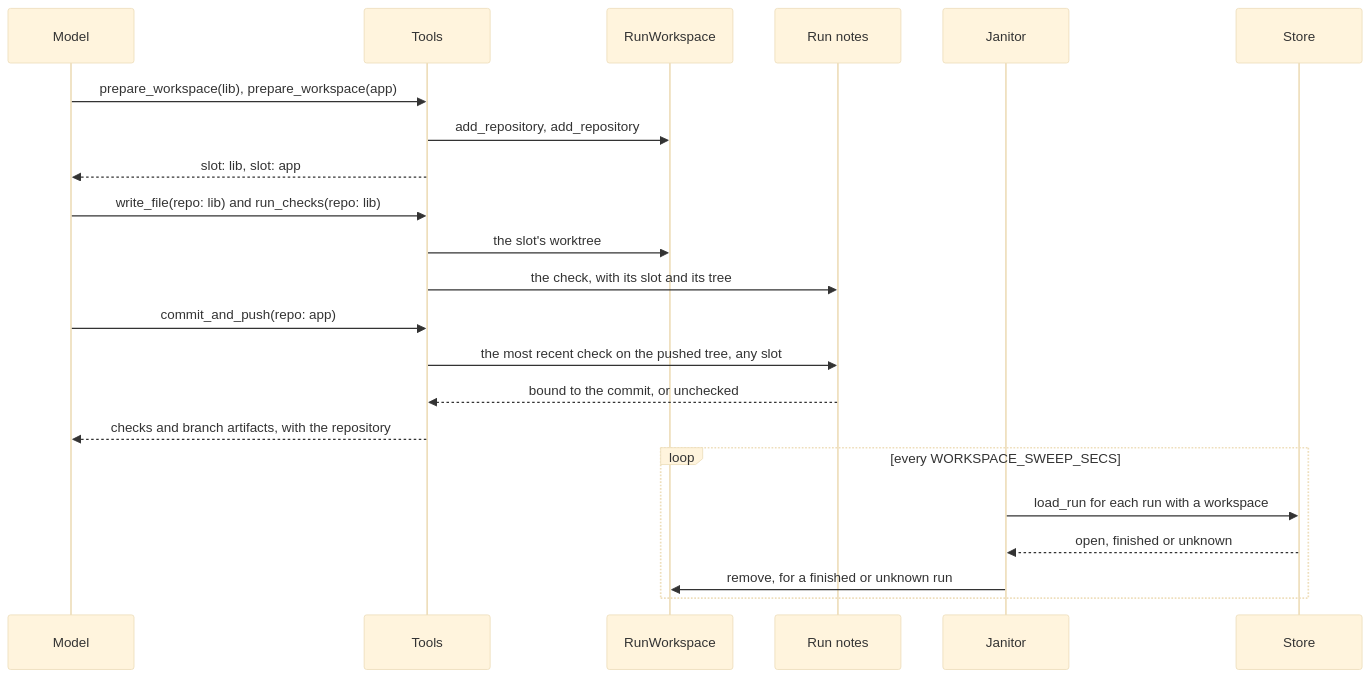
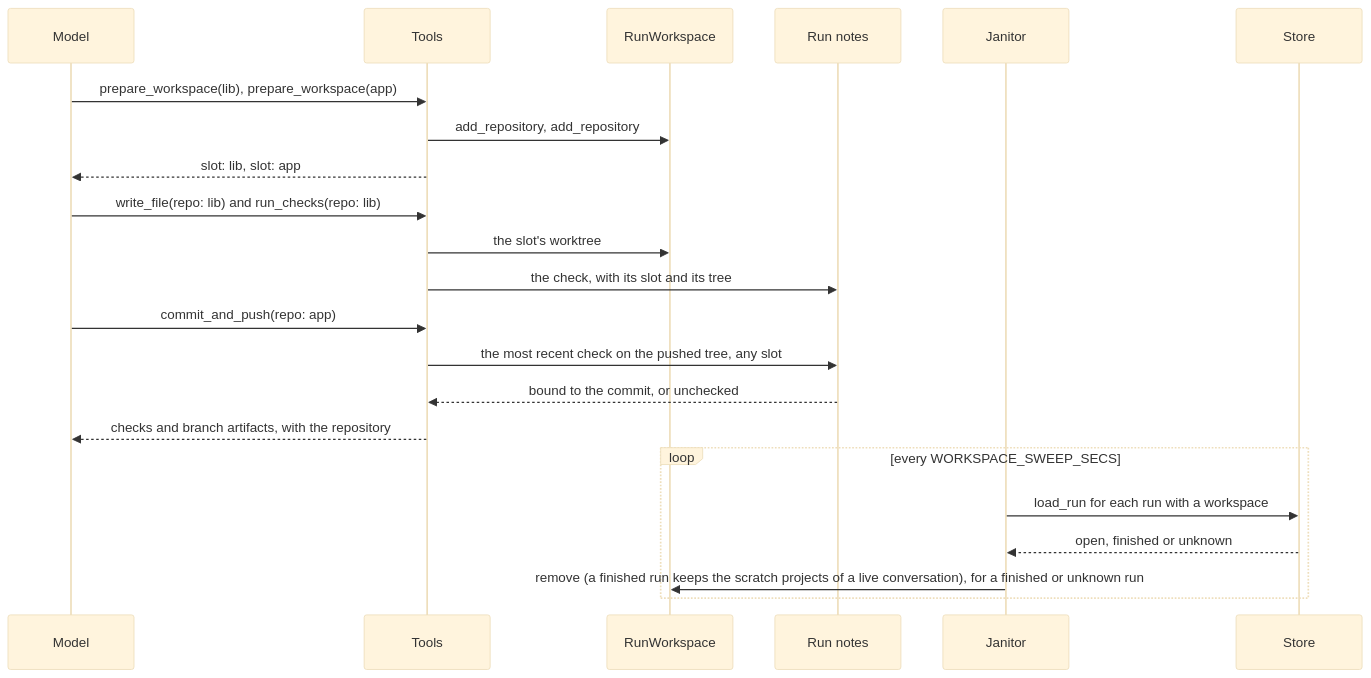
The seventh of 29 diagrams in bin/adam-coder/README.md (vymalo/another-adam-rs), drawn with Mermaid (base theme) before and after one commit. The commit also changed other lines of this file and 50 other files, not shown here.

````diff
--- a/bin/adam-coder/README.md
+++ b/bin/adam-coder/README.md
@@ -581,24 +614,24 @@
 ```mermaid
 sequenceDiagram
   participant M as Model
   participant T as Tools
   participant W as RunWorkspace
   participant N as Run notes
   participant J as Janitor
   participant S as Store
   M->>T: prepare_workspace(lib), prepare_workspace(app)
   T->>W: add_repository, add_repository
   T-->>M: slot: lib, slot: app
   M->>T: write_file(repo: lib) and run_checks(repo: lib)
   T->>W: the slot's worktree
   T->>N: the check, with its slot and its tree
   M->>T: commit_and_push(repo: app)
   T->>N: the most recent check on the pushed tree, any slot
   N-->>T: bound to the commit, or unchecked
   T-->>M: checks and branch artifacts, with the repository
   loop every WORKSPACE_SWEEP_SECS
     J->>S: load_run for each run with a workspace
     S-->>J: open, finished or unknown
-    J->>W: remove, for a finished or unknown run
+    J->>W: remove (a finished run keeps the scratch projects of a live conversation), for a finished or unknown run
   end
 ```
````
